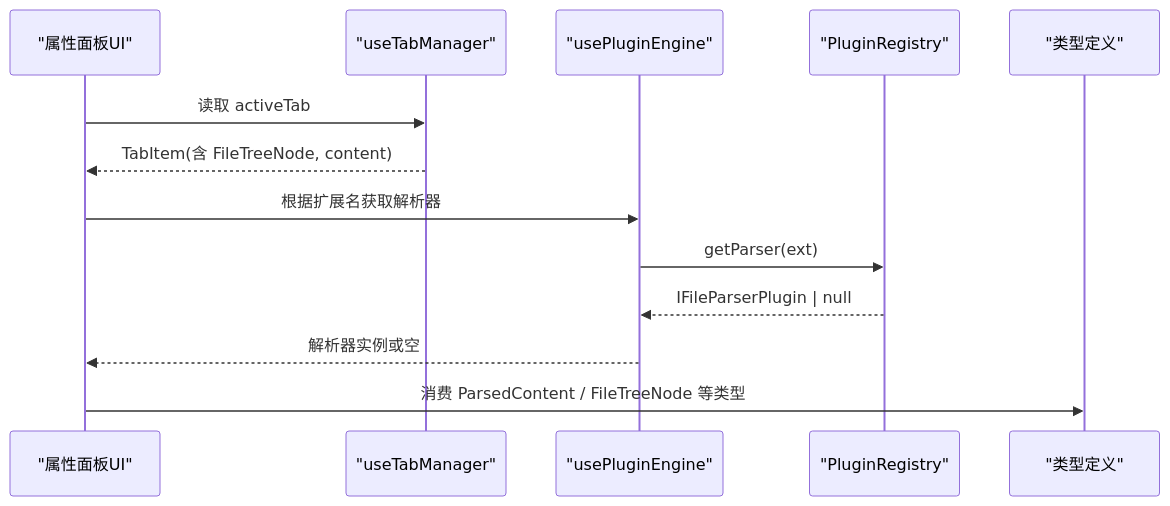
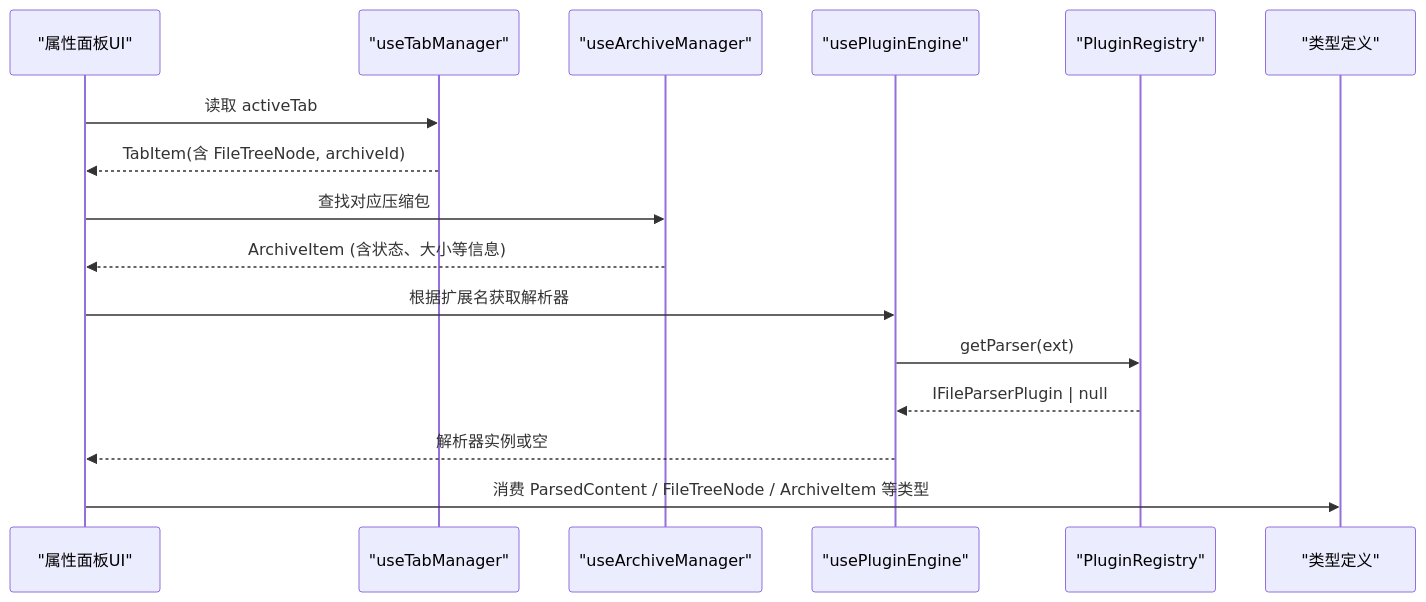
The second of 7 diagrams in .qoder/repowiki/zh/content/用户界面/核心组件/属性面板组件/属性面板组件.md (taoweidong/Hello-Tauri), drawn with Mermaid before and after one commit. The commit also changed other lines of this file and 14 other files, not shown here.

````diff
--- a/.qoder/repowiki/zh/content/用户界面/核心组件/属性面板组件/属性面板组件.md
+++ b/.qoder/repowiki/zh/content/用户界面/核心组件/属性面板组件/属性面板组件.md
@@ -107,15 +123,18 @@
 ```mermaid
 sequenceDiagram
 participant UI as "属性面板UI"
 participant Tabs as "useTabManager"
+participant Archives as "useArchiveManager"
 participant Plugins as "usePluginEngine"
 participant Reg as "PluginRegistry"
 participant Types as "类型定义"
 UI->>Tabs : 读取 activeTab
-Tabs-->>UI : TabItem(含 FileTreeNode, content)
+Tabs-->>UI : TabItem(含 FileTreeNode, archiveId)
+UI->>Archives : 查找对应压缩包
+Archives-->>UI : ArchiveItem (含状态、大小等信息)
 UI->>Plugins : 根据扩展名获取解析器
 Plugins->>Reg : getParser(ext)
 Reg-->>Plugins : IFileParserPlugin | null
 Plugins-->>UI : 解析器实例或空
-UI->>Types : 消费 ParsedContent / FileTreeNode 等类型
+UI->>Types : 消费 ParsedContent / FileTreeNode / ArchiveItem 等类型
 ```
````
